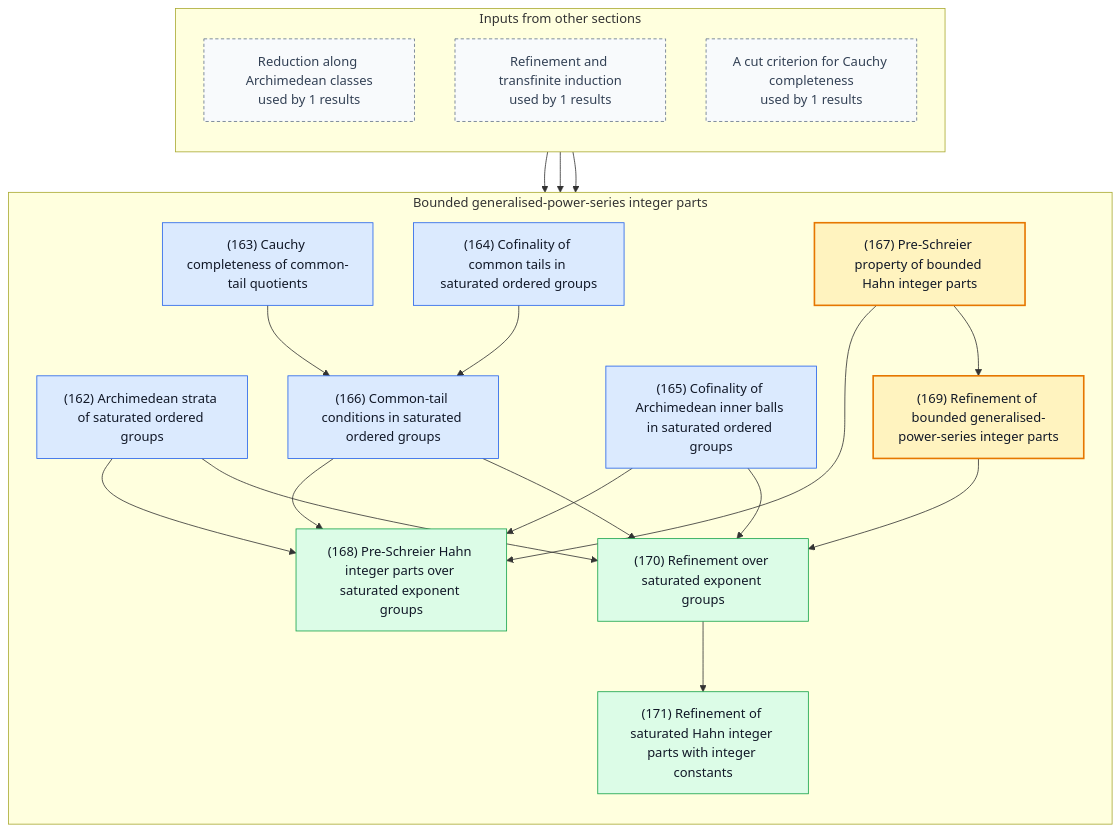
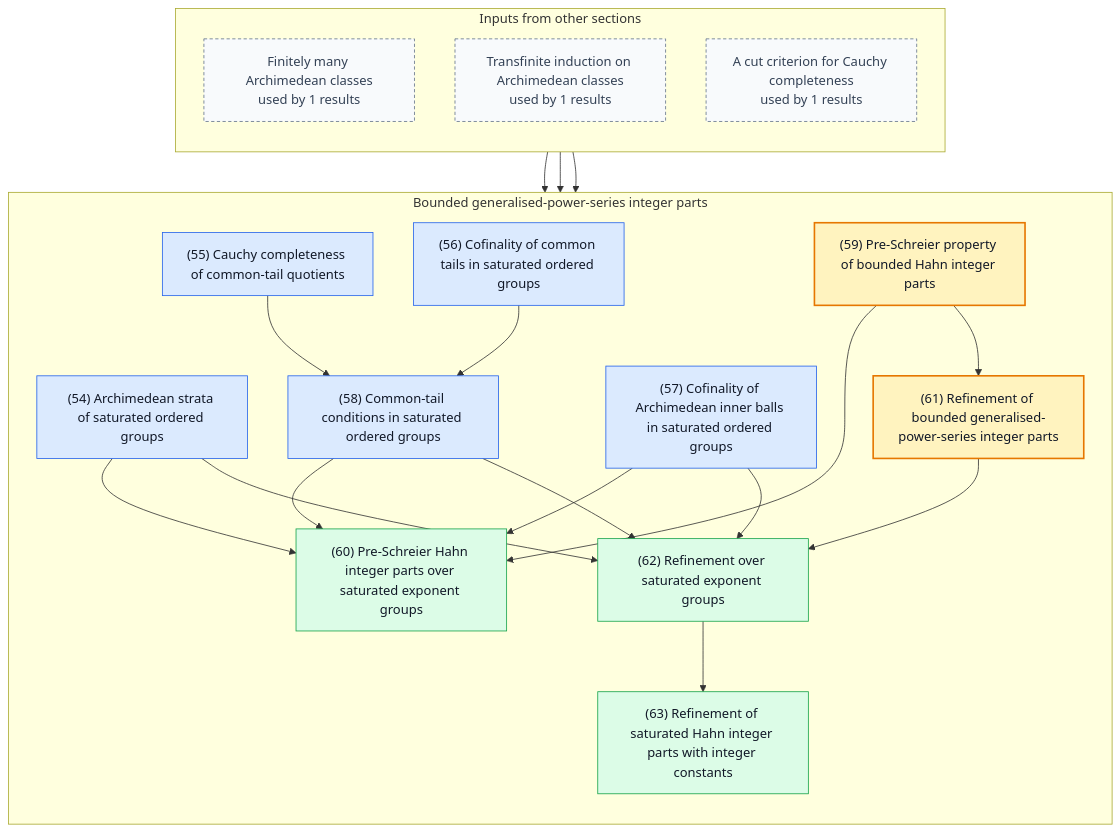
The seventh of 8 diagrams in README.md (gaearon/conway-refinement), drawn with Mermaid before and after one commit. The commit also changed other lines of this file and 82 other files, not shown here.

First line of the commit message:
Reduce along Archimedean classes by one D+M step lemma

````diff
--- a/README.md
+++ b/README.md
@@ -1266,59 +561,59 @@
 ```mermaid
 %% Generated by scripts/blueprint.sh; do not edit.
 %% Other sections are compressed to boundary nodes.
 %% Solid arrows are proof dependencies; dashed arrows are statement dependencies.
 flowchart TB
   subgraph inputs["Inputs from other sections"]
     direction TB
-    in0["Reduction along Archimedean classes<br/>used by 1 results"]:::boundary
-    in1["Refinement and transfinite induction<br/>used by 1 results"]:::boundary
+    in0["Finitely many Archimedean classes<br/>used by 1 results"]:::boundary
+    in1["Transfinite induction on Archimedean classes<br/>used by 1 results"]:::boundary
     in2["A cut criterion for Cauchy completeness<br/>used by 1 results"]:::boundary
   end
   subgraph current["Bounded generalised-power-series integer parts"]
     direction TB
-    n162["(162) Archimedean strata of saturated ordered groups"]:::lemma
-    n163["(163) Cauchy completeness of common-tail quotients"]:::lemma
-    n164["(164) Cofinality of common tails in saturated ordered groups"]:::lemma
-    n165["(165) Cofinality of Archimedean inner balls in saturated ordered groups"]:::lemma
-    n166["(166) Common-tail conditions in saturated ordered groups"]:::lemma
-    n167["(167) Pre-Schreier property of bounded Hahn integer parts"]:::theorem
-    n168["(168) Pre-Schreier Hahn integer parts over saturated exponent groups"]:::corollary
-    n169["(169) Refinement of bounded generalised-power-series integer parts"]:::theorem
-    n170["(170) Refinement over saturated exponent groups"]:::corollary
-    n171["(171) Refinement of saturated Hahn integer parts with integer constants"]:::corollary
+    n054["(54) Archimedean strata of saturated ordered groups"]:::lemma
+    n055["(55) Cauchy completeness of common-tail quotients"]:::lemma
+    n056["(56) Cofinality of common tails in saturated ordered groups"]:::lemma
+    n057["(57) Cofinality of Archimedean inner balls in saturated ordered groups"]:::lemma
+    n058["(58) Common-tail conditions in saturated ordered groups"]:::lemma
+    n059["(59) Pre-Schreier property of bounded Hahn integer parts"]:::theorem
+    n060["(60) Pre-Schreier Hahn integer parts over saturated exponent groups"]:::corollary
+    n061["(61) Refinement of bounded generalised-power-series integer parts"]:::theorem
+    n062["(62) Refinement over saturated exponent groups"]:::corollary
+    n063["(63) Refinement of saturated Hahn integer parts with integer constants"]:::corollary
   end
 
-  n163 --> n166
-  n164 --> n166
-  n162 --> n168
-  n165 --> n168
-  n166 --> n168
-  n167 --> n168
-  n167 --> n169
-  n162 --> n170
-  n165 --> n170
-  n166 --> n170
-  n169 --> n170
-  n170 --> n171
-  in2 --> n163
-  in0 --> n166
-  in1 --> n167
-  click n162 "https://gaearon.github.io/conway-refinement/#/result/saturated-archimedean-strata-real" "Open the statement for lemma 162"
-  click n163 "https://gaearon.github.io/conway-refinement/#/result/saturated-common-tail-quotient-complete" "Open the statement for lemma 163"
-  click n164 "https://gaearon.github.io/conway-refinement/#/result/saturated-common-tail-cofinality" "Open the statement for lemma 164"
-  click n165 "https://gaearon.github.io/conway-refinement/#/result/saturated-inner-ball-cofinality" "Open the statement for lemma 165"
-  click n166 "https://gaearon.github.io/conway-refinement/#/result/saturated-common-tail-conditions" "Open the statement for lemma 166"
-  click n167 "https://gaearon.github.io/conway-refinement/#/result/hahn-integer-part-pre-schreier" "Open the statement for theorem 167"
-  click n168 "https://gaearon.github.io/conway-refinement/#/result/hahn-integer-part-pre-schreier-of-saturation" "Open the statement for corollary 168"
-  click n169 "https://gaearon.github.io/conway-refinement/#/result/hahn-integer-part-refinement" "Open the statement for theorem 169"
-  click n170 "https://gaearon.github.io/conway-refinement/#/result/hahn-integer-part-refinement-of-saturation" "Open the statement for corollary 170"
-  click n171 "https://gaearon.github.io/conway-refinement/#/result/integer-hahn-refinement-of-saturation" "Open the statement for corollary 171"
+  n055 --> n058
+  n056 --> n058
+  n054 --> n060
+  n057 --> n060
+  n058 --> n060
+  n059 --> n060
+  n059 --> n061
+  n054 --> n062
+  n057 --> n062
+  n058 --> n062
+  n061 --> n062
+  n062 --> n063
+  in2 --> n055
+  in0 --> n058
+  in1 --> n059
+  click n054 "https://gaearon.github.io/conway-refinement/#/result/saturated-archimedean-strata-real" "Open the statement for lemma 54"
+  click n055 "https://gaearon.github.io/conway-refinement/#/result/saturated-common-tail-quotient-complete" "Open the statement for lemma 55"
+  click n056 "https://gaearon.github.io/conway-refinement/#/result/saturated-common-tail-cofinality" "Open the statement for lemma 56"
+  click n057 "https://gaearon.github.io/conway-refinement/#/result/saturated-inner-ball-cofinality" "Open the statement for lemma 57"
+  click n058 "https://gaearon.github.io/conway-refinement/#/result/saturated-common-tail-conditions" "Open the statement for lemma 58"
+  click n059 "https://gaearon.github.io/conway-refinement/#/result/hahn-integer-part-pre-schreier" "Open the statement for theorem 59"
+  click n060 "https://gaearon.github.io/conway-refinement/#/result/hahn-integer-part-pre-schreier-of-saturation" "Open the statement for corollary 60"
+  click n061 "https://gaearon.github.io/conway-refinement/#/result/hahn-integer-part-refinement" "Open the statement for theorem 61"
+  click n062 "https://gaearon.github.io/conway-refinement/#/result/hahn-integer-part-refinement-of-saturation" "Open the statement for corollary 62"
+  click n063 "https://gaearon.github.io/conway-refinement/#/result/integer-hahn-refinement-of-saturation" "Open the statement for corollary 63"
 
   classDef theorem fill:#fff3bf,stroke:#e67700,stroke-width:2px,color:#111827
   classDef definition fill:#f3f4f6,stroke:#4b5563,color:#111827
   classDef lemma fill:#dbeafe,stroke:#2563eb,color:#111827
   classDef proposition fill:#ede9fe,stroke:#7c3aed,color:#111827
   classDef corollary fill:#dcfce7,stroke:#16a34a,color:#111827
   classDef fact fill:#fce7f3,stroke:#db2777,color:#111827
   classDef boundary fill:#f8fafc,stroke:#64748b,stroke-dasharray:4 3,color:#334155
 ```
````
